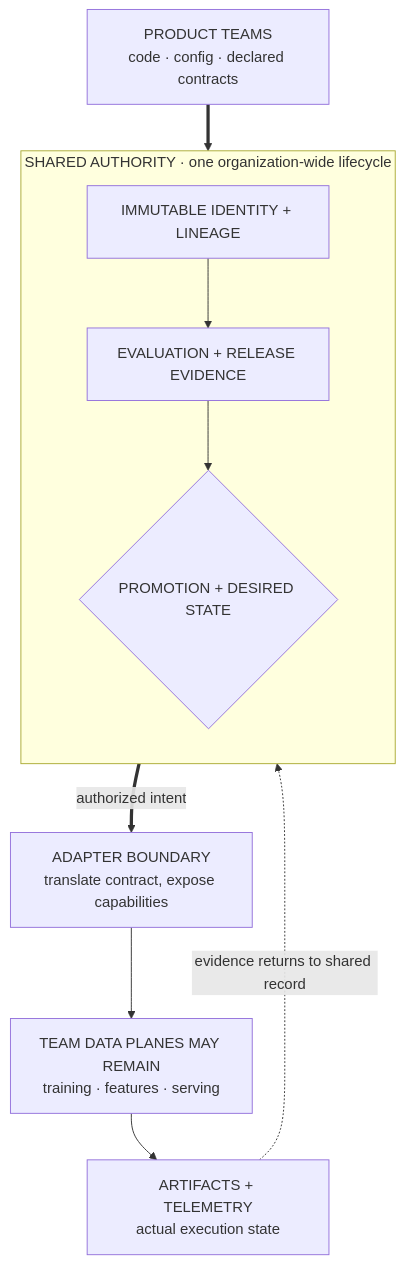
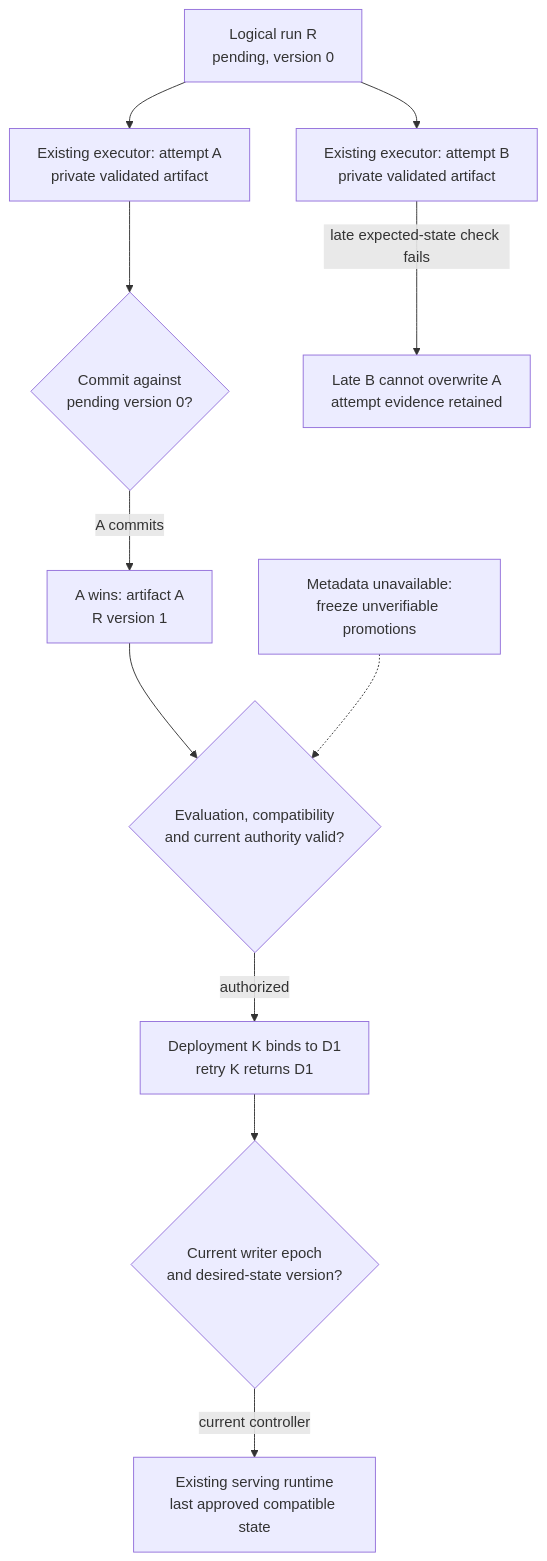
One commit to mlmentorship/mlmentorship.github.io changed the diagram in src/content/posts/2026-08-28-design-multi-team-ml-platform.md. Above: the diagram before and after it, drawn with Mermaid. The commit also changed other lines of this file and 258 other files, not shown here.

````diff
--- a/src/content/posts/2026-08-28-design-multi-team-ml-platform.md
+++ b/src/content/posts/2026-08-28-design-multi-team-ml-platform.md
@@ -156,31 +54,29 @@
 ```mermaid
 flowchart TB
-  accTitle: Shared lifecycle authority with replaceable team execution systems
-  accDescr: Product teams submit code, configuration, and declared contracts to one shared lifecycle control plane. The control plane assigns immutable identity and lineage, records evaluation evidence, and authorizes promotion and desired deployment state. That desired state crosses an adapter boundary into existing team training, feature, and serving systems rather than replacing them. The data planes return artifacts, telemetry, and actual state as evidence to the shared lifecycle record. The organization standardizes authority and evidence while heterogeneous execution remains replaceable.
-  Teams["PRODUCT TEAMS<br/>code · config · declared contracts"]
-
-  subgraph SHARED["SHARED AUTHORITY · one organization-wide lifecycle"]
-	direction TB
-    Identity["IMMUTABLE IDENTITY + LINEAGE"]
-    Evidence["EVALUATION + RELEASE EVIDENCE"]
-    State{"PROMOTION + DESIRED STATE"}
-    Identity --> Evidence --> State
-  end
-
-  Adapter["ADAPTER BOUNDARY<br/>translate contract, expose capabilities"]
-  Execution["TEAM DATA PLANES MAY REMAIN<br/>training · features · serving"]
-  Results["ARTIFACTS + TELEMETRY<br/>actual execution state"]
-
-  Teams ==> Identity
-  State ==>|"authorized intent"| Adapter
-  Adapter --> Execution
-  Execution --> Results
-  Results -.->|"evidence returns to shared record"| Evidence
-
-  class Teams viz-input
-  class Identity,Evidence,State viz-focus
-  class Adapter viz-state
-  class Execution viz-neutral
-  class Results viz-output
-  class Teams viz-tall
+  accTitle: Shared publication and promotion authority with replaceable executors
+  accDescr: Logical run R has private attempts A and B in existing training systems. A validates and commits artifact A against pending run version zero. B's late publication fails that expected-state check, leaving its evidence visible without overwriting A. Valid evidence and current authorization bind deployment key K to one operation D1. A retried K returns D1. A fenced controller applies the current approved desired state to existing serving. Metadata failure freezes unverifiable promotions while the last approved compatible serving state continues.
+  Run["Logical run R<br/>pending, version 0"]
+  AttemptA["Existing executor: attempt A<br/>private validated artifact"]
+  AttemptB["Existing executor: attempt B<br/>private validated artifact"]
+  Publish{"Commit against<br/>pending version 0?"}
+  Artifact["A wins: artifact A<br/>R version 1"]
+  Late["Late B cannot overwrite A<br/>attempt evidence retained"]
+  Evidence{"Evaluation, compatibility<br/>and current authority valid?"}
+  Deploy["Deployment K binds to D1<br/>retry K returns D1"]
+  Fence{"Current writer epoch<br/>and desired-state version?"}
+  Serving["Existing serving runtime<br/>last approved compatible state"]
+  Stop["Metadata unavailable:<br/>freeze unverifiable promotions"]
+  Run --> AttemptA --> Publish
+  Run --> AttemptB
+  Publish -->|"A commits"| Artifact
+  AttemptB -->|"late expected-state check fails"| Late
+  Artifact --> Evidence -->|"authorized"| Deploy --> Fence
+  Fence -->|"current controller"| Serving
+  Stop -.-> Evidence
+  class Run viz-input
+  class Publish,Evidence,Fence viz-focus
+  class Artifact,Deploy viz-state
+  class AttemptA,AttemptB viz-neutral
+  class Late,Stop viz-warning
+  class Serving viz-output
 ```
````
